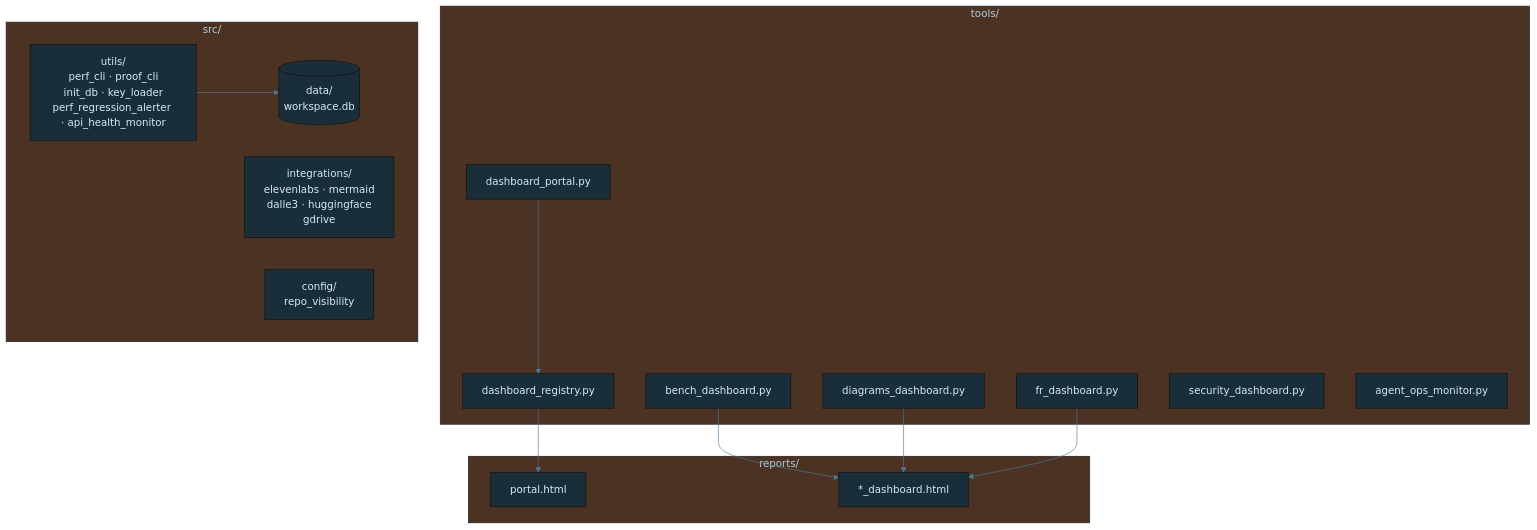
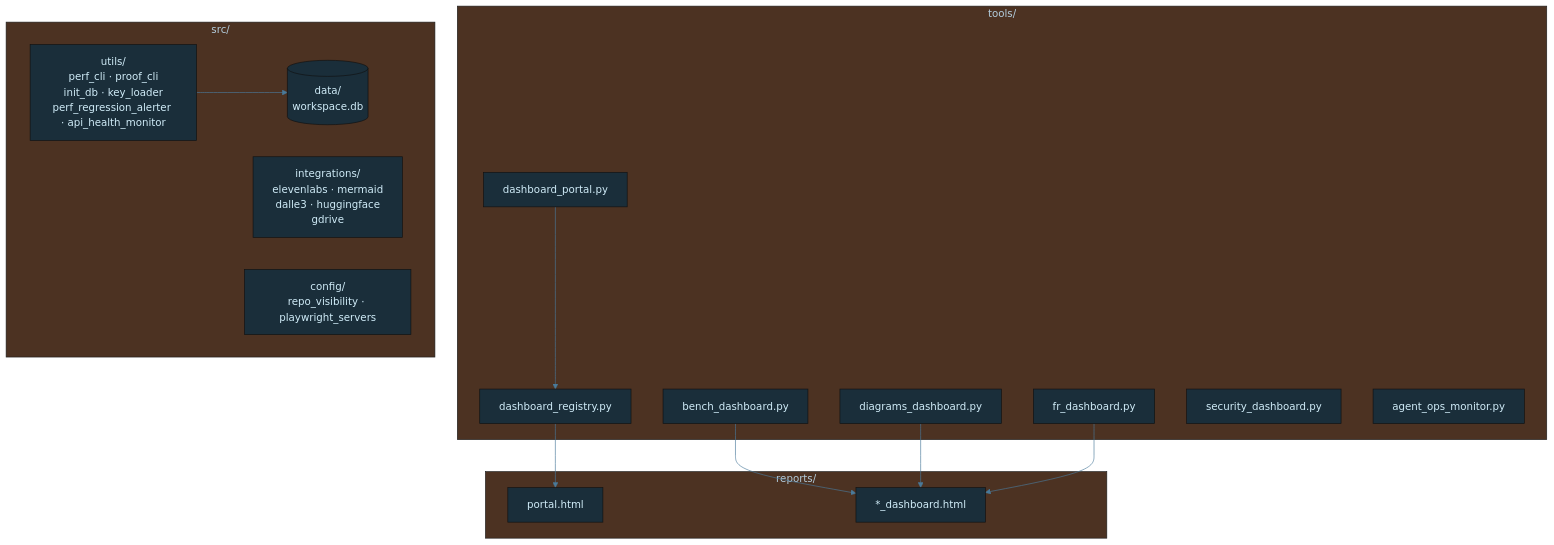
Before and after one commit to tylerdrakemusic/-Workspace: the diagram in diagrams/workspace-architecture-detail.mmd, drawn with Mermaid. The commit also changed 1 other file, not shown here.

Commit message:
docs(diagrams): update topology + architecture-detail for FR-20260531-playwright-server-preflight
- workspace-agent-topology.mmd: add PlayPreflight node in INSTR subgraph;
  add inheritance edges PlayPreflight -.-> QA/QALight/QAHeavy
- workspace-architecture-detail.mmd: add playwright_servers to Config node label

```diff
--- a/diagrams/workspace-architecture-detail.mmd
+++ b/diagrams/workspace-architecture-detail.mmd
@@ -1,40 +1,40 @@
 %%{init: {'theme': 'base', 'themeVariables': {'primaryColor': '#1a2e3a', 'primaryTextColor': '#d0ecf8', 'edgeLabelBackground': '#0f1318', 'lineColor': '#4a7a9a'}}}%%
 graph TB
     subgraph Tools["tools/"]
         Portal[dashboard_portal.py]
         Registry[dashboard_registry.py]
         Bench[bench_dashboard.py]
         Diagrams[diagrams_dashboard.py]
         FR[fr_dashboard.py]
         Sec[security_dashboard.py]
         Ops[agent_ops_monitor.py]
     end
     subgraph Src["src/"]
         Utils[utils/<br/>perf_cli · proof_cli<br/>init_db · key_loader<br/>perf_regression_alerter · api_health_monitor]
         Integrations[integrations/<br/>elevenlabs · mermaid<br/>dalle3 · huggingface<br/>gdrive]
-        Config[config/<br/>repo_visibility]
+        Config[config/<br/>repo_visibility · playwright_servers]
         Data[(data/<br/>workspace.db)]
     end
     subgraph Reports["reports/"]
         PortalHtml[portal.html]
         Dashes[*_dashboard.html]
     end
     Portal --> Registry
     Registry --> PortalHtml
     Bench --> Dashes
     Diagrams --> Dashes
     FR --> Dashes
     Utils --> Data
     class Tools tool
     class Src src
     class Reports out
 
 classDef life     fill:#1a2e3a,stroke:#6ab4d4,color:#d0ecf8
 classDef music    fill:#3a1a24,stroke:#d47a8f,color:#f8d0dc
 classDef quantum  fill:#251a3a,stroke:#a07adf,color:#e8d0f8
 classDef manifest fill:#3a2e1a,stroke:#d4a96a,color:#f8ead0
 classDef ws       fill:#1a3a30,stroke:#6ad4b4,color:#d0f8ee
 classDef tyler    fill:#2a1a3a,stroke:#9e4aff,color:#fff
 classDef ext      fill:#3a2020,stroke:#ff7a7a,color:#ffd0d0
 classDef db       fill:#3a3010,stroke:#d4c050,color:#f8f0c0
 classDef state    fill:#1a1a1a,stroke:#888888,color:#cccccc
```
